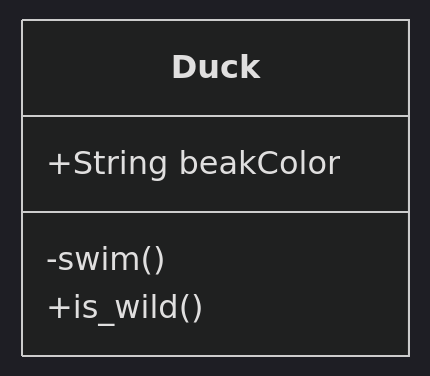
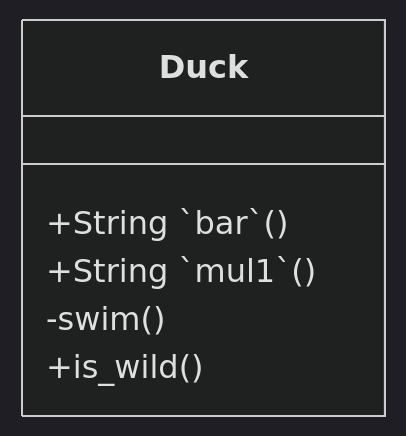
The diagram in .swm/mermaid-class-diagram.h9qf0.sw.md (eran-swimm/t1), drawn with Mermaid (dark theme) before and after one commit. The commit also changed other lines of this file, not shown here.

Commit message:
docs(swimm): update doc: "mermaid class diagram"

````diff
--- a/.swm/mermaid-class-diagram.h9qf0.sw.md
+++ b/.swm/mermaid-class-diagram.h9qf0.sw.md
@@ -15,8 +15,10 @@
 ```mermaid
 classDiagram
 class Duck{
-+String beakColor
++String `bar`()
+
++String `mul1`()
 \-swim()
 +is\_wild()
 }
 ```
````
